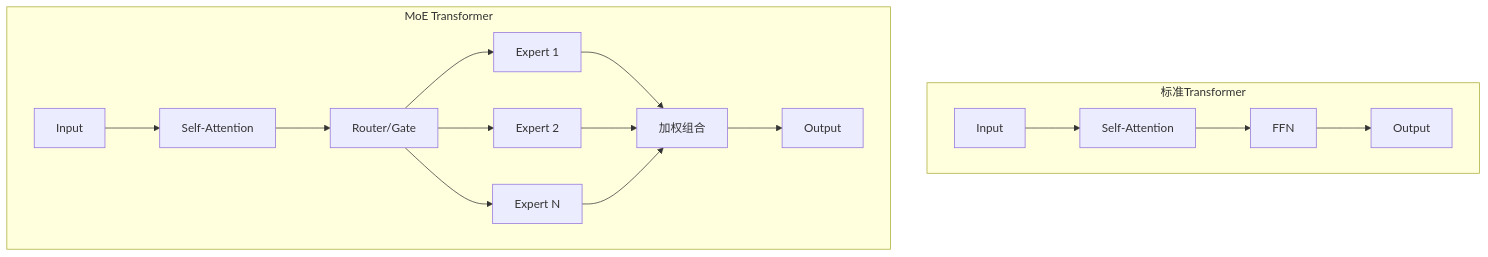
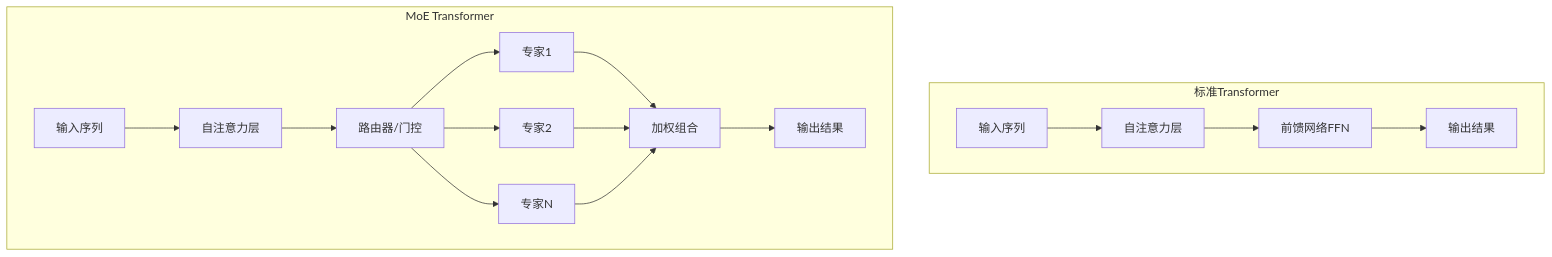
Before and after one commit to Xunzhuo/mini-sglang: the first of 3 diagrams in learning/website/docs/basics/21-moe.md, drawn with Mermaid. The commit also changed other lines of this file and 23 other files, not shown here.

````diff
--- a/learning/website/docs/basics/21-moe.md
+++ b/learning/website/docs/basics/21-moe.md
@@ -45,20 +56,20 @@
 ```mermaid
 graph TB
     subgraph 标准Transformer
-        Input1[Input] --> Attn1[Self-Attention]
-        Attn1 --> FFN1[FFN]
-        FFN1 --> Output1[Output]
+        Input1[输入序列] --> Attn1[自注意力层]
+        Attn1 --> FFN1[前馈网络FFN]
+        FFN1 --> Output1[输出结果]
     end
     
     subgraph MoE Transformer
-        Input2[Input] --> Attn2[Self-Attention]
-        Attn2 --> Router[Router/Gate]
-        Router --> E1[Expert 1]
-        Router --> E2[Expert 2]
-        Router --> En[Expert N]
+        Input2[输入序列] --> Attn2[自注意力层]
+        Attn2 --> Router[路由器/门控]
+        Router --> E1[专家1]
+        Router --> E2[专家2]
+        Router --> En[专家N]
         E1 --> Combine[加权组合]
         E2 --> Combine
         En --> Combine
-        Combine --> Output2[Output]
+        Combine --> Output2[输出结果]
     end
 ```
````
